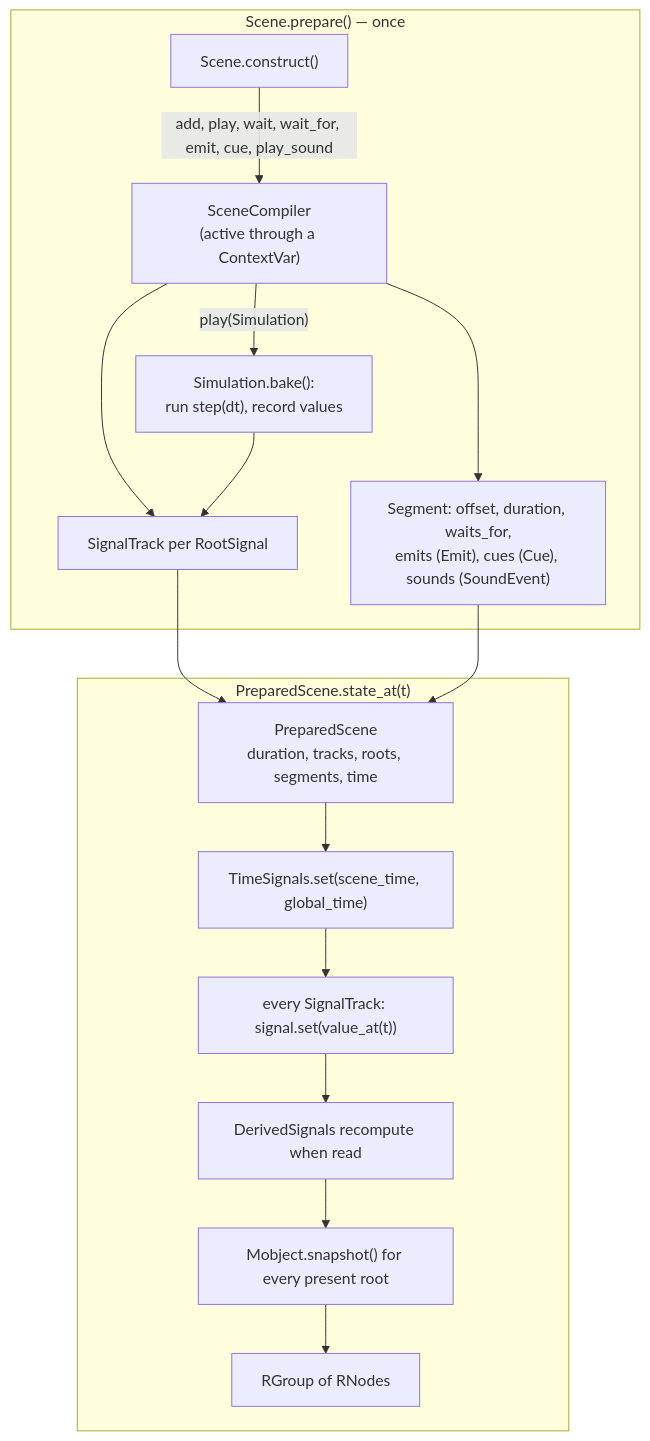
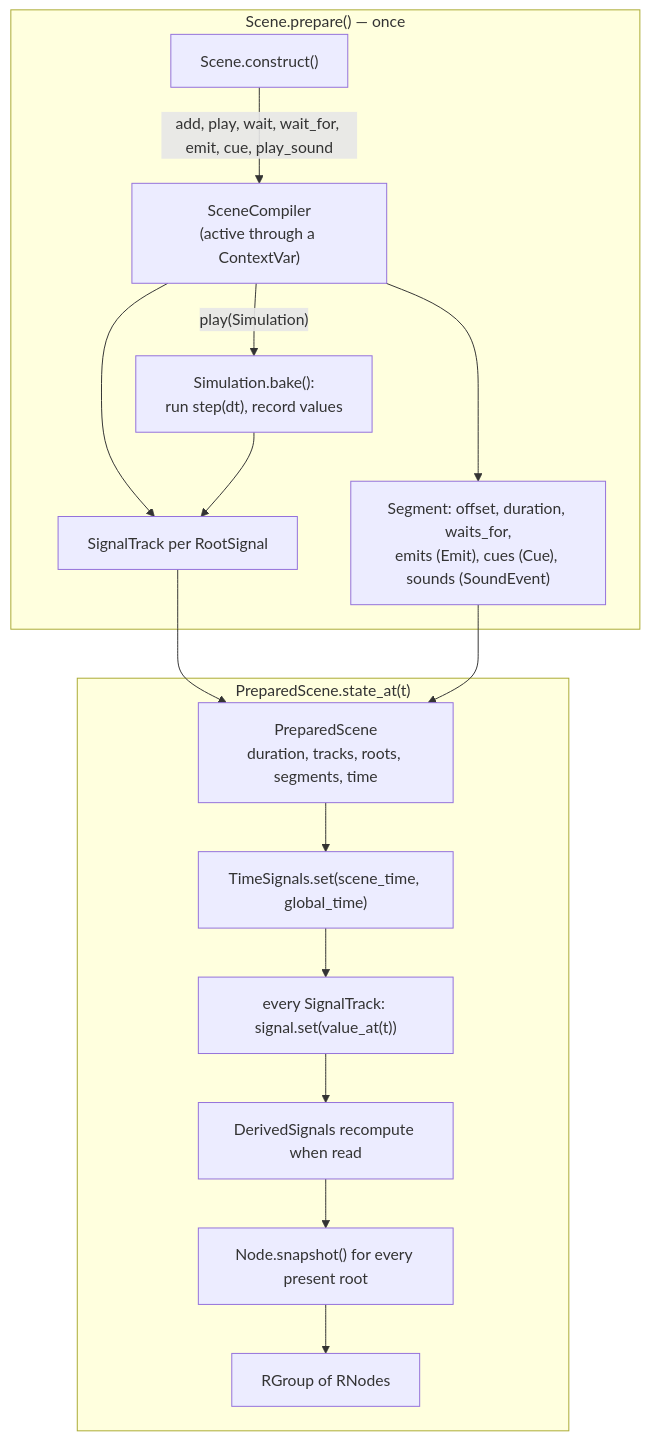
The fourth of 8 diagrams in manimx/ARCHITECTURE.md (MrDiver/manim), drawn with Mermaid before and after one commit. The commit also changed other lines of this file and 27 other files, not shown here.

````diff
--- a/manimx/ARCHITECTURE.md
+++ b/manimx/ARCHITECTURE.md
@@ -240,18 +270,18 @@
 ```mermaid
 flowchart TD
     subgraph Compile["Scene.prepare() — once"]
         A["Scene.construct()"] -->|"add, play, wait, wait_for, emit, cue, play_sound"| SC["SceneCompiler<br/>(active through a ContextVar)"]
         SC --> T["SignalTrack per RootSignal"]
         SC --> SG["Segment: offset, duration, waits_for,<br/>emits (Emit), cues (Cue), sounds (SoundEvent)"]
         SC -->|"play(Simulation)"| BK["Simulation.bake():<br/>run step(dt), record values"]
         BK --> T
     end
     T & SG --> PS["PreparedScene<br/>duration, tracks, roots, segments, time"]
     subgraph Eval["PreparedScene.state_at(t)"]
         PS --> E1["TimeSignals.set(scene_time, global_time)"]
         E1 --> E2["every SignalTrack: signal.set(value_at(t))"]
         E2 --> E3["DerivedSignals recompute when read"]
-        E3 --> E4["Mobject.snapshot() for every present root"]
+        E3 --> E4["Node.snapshot() for every present root"]
         E4 --> RO["RGroup of RNodes"]
     end
 ```
````
